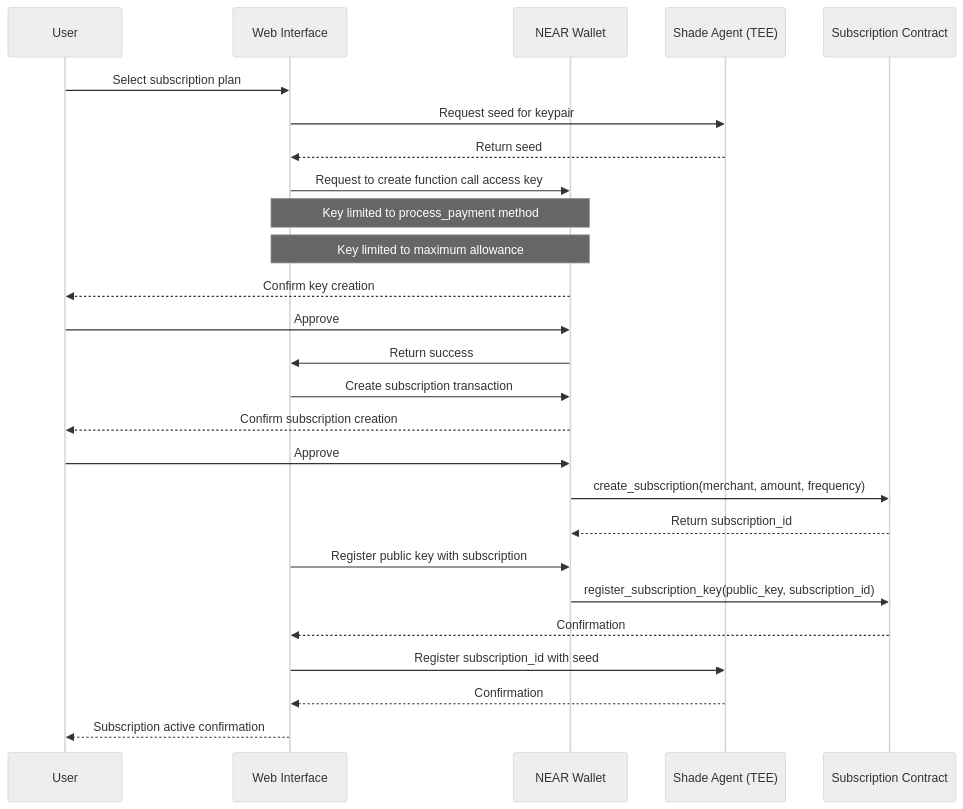
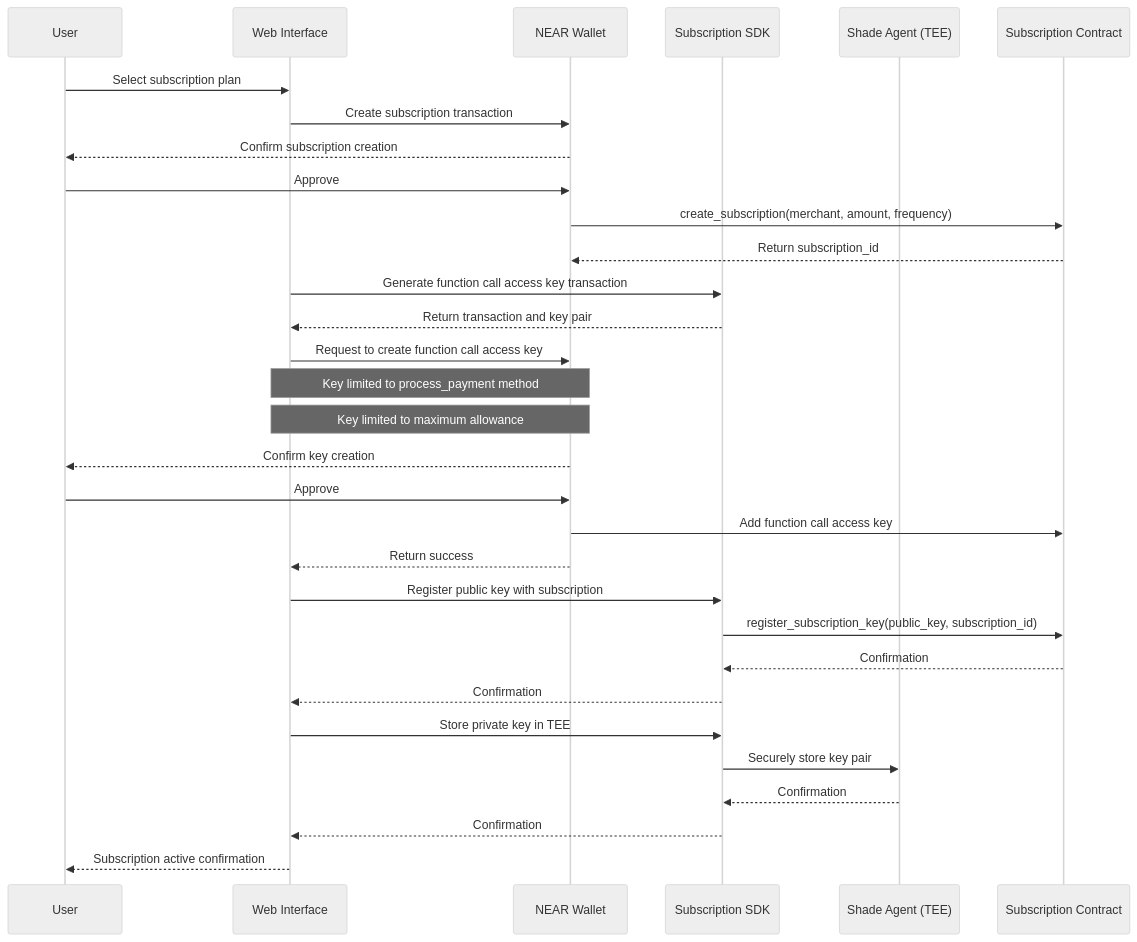
The first of 5 diagrams in ARCHITECTURE.md (Pingpayio/ping-subscription-service), drawn with Mermaid (neutral theme) before and after one commit. The commit also changed other lines of this file and 37 other files, not shown here.

````diff
--- a/ARCHITECTURE.md
+++ b/ARCHITECTURE.md
@@ -36,29 +52,38 @@
 ```mermaid
 sequenceDiagram
     participant User
     participant UI as Web Interface
     participant Wallet as NEAR Wallet
+    participant SDK as Subscription SDK
     participant TEE as Shade Agent (TEE)
     participant Contract as Subscription Contract
     
     User->>UI: Select subscription plan
-    UI->>TEE: Request seed for keypair
-    TEE-->>UI: Return seed
+    UI->>Wallet: Create subscription transaction
+    Wallet-->>User: Confirm subscription creation
+    User->>Wallet: Approve
+    Wallet->>Contract: create_subscription(merchant, amount, frequency)
+    Contract-->>Wallet: Return subscription_id
+    
+    UI->>SDK: Generate function call access key transaction
+    SDK-->>UI: Return transaction and key pair
     UI->>Wallet: Request to create function call access key
     Note over UI,Wallet: Key limited to process_payment method
     Note over UI,Wallet: Key limited to maximum allowance
     Wallet-->>User: Confirm key creation
     User->>Wallet: Approve
-    Wallet->>UI: Return success
-    UI->>Wallet: Create subscription transaction
-    Wallet-->>User: Confirm subscription creation
-    User->>Wallet: Approve
-    Wallet->>Contract: create_subscription(merchant, amount, frequency)
-    Contract-->>Wallet: Return subscription_id
-    UI->>Wallet: Register public key with subscription
-    Wallet->>Contract: register_subscription_key(public_key, subscription_id)
-    Contract-->>UI: Confirmation
-    UI->>TEE: Register subscription_id with seed
-    TEE-->>UI: Confirmation
+    Wallet->>Contract: Add function call access key
+    Wallet-->>UI: Return success
+    
+    UI->>SDK: Register public key with subscription
+    SDK->>Contract: register_subscription_key(public_key, subscription_id)
+    Contract-->>SDK: Confirmation
+    SDK-->>UI: Confirmation
+    
+    UI->>SDK: Store private key in TEE
+    SDK->>TEE: Securely store key pair
+    TEE-->>SDK: Confirmation
+    SDK-->>UI: Confirmation
+    
     UI-->>User: Subscription active confirmation
 ```
````
